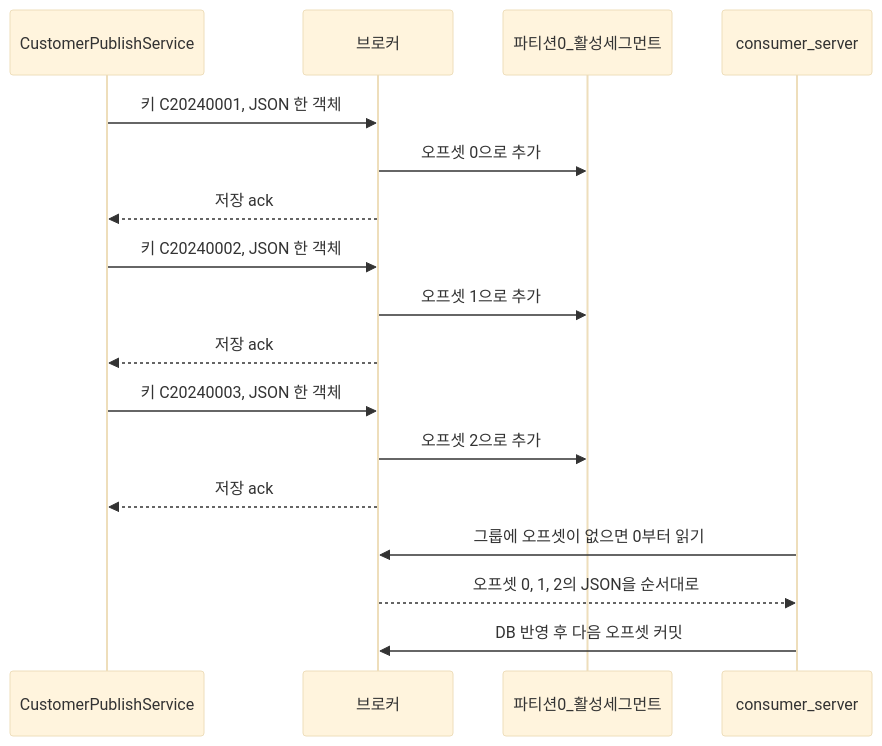
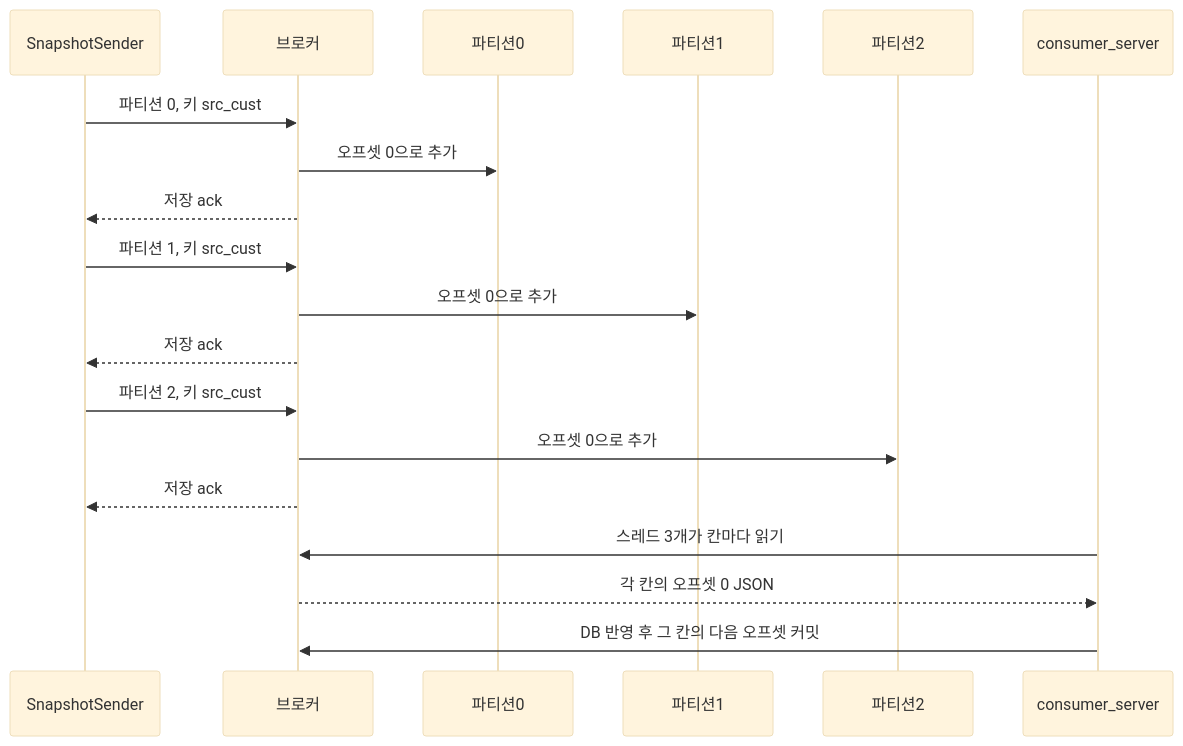
One commit to zustarttf/kafka_test changed the fifth of 6 diagrams in docs/kafka-basics.md. Above: the diagram before and after it, drawn with Mermaid (base theme). The commit also changed other lines of this file and 4 other files, not shown here.

````diff
--- a/docs/kafka-basics.md
+++ b/docs/kafka-basics.md
@@ -211,20 +205,22 @@
 ```mermaid
 sequenceDiagram
-  participant Svc as CustomerPublishService
+  participant Svc as SnapshotSender
   participant Broker as 브로커
-  participant Seg as 파티션0_활성세그먼트
+  participant P0 as 파티션0
+  participant P1 as 파티션1
+  participant P2 as 파티션2
   participant App as consumer_server
 
-  Svc->>Broker: 키 C20240001, JSON 한 객체
-  Broker->>Seg: 오프셋 0으로 추가
+  Svc->>Broker: 파티션 0, 키 src_cust
+  Broker->>P0: 오프셋 0으로 추가
   Broker-->>Svc: 저장 ack
-  Svc->>Broker: 키 C20240002, JSON 한 객체
-  Broker->>Seg: 오프셋 1으로 추가
+  Svc->>Broker: 파티션 1, 키 src_cust
+  Broker->>P1: 오프셋 0으로 추가
   Broker-->>Svc: 저장 ack
-  Svc->>Broker: 키 C20240003, JSON 한 객체
-  Broker->>Seg: 오프셋 2으로 추가
+  Svc->>Broker: 파티션 2, 키 src_cust
+  Broker->>P2: 오프셋 0으로 추가
   Broker-->>Svc: 저장 ack
-  App->>Broker: 그룹에 오프셋이 없으면 0부터 읽기
-  Broker-->>App: 오프셋 0, 1, 2의 JSON을 순서대로
-  App->>Broker: DB 반영 후 다음 오프셋 커밋
+  App->>Broker: 스레드 3개가 칸마다 읽기
+  Broker-->>App: 각 칸의 오프셋 0 JSON
+  App->>Broker: DB 반영 후 그 칸의 다음 오프셋 커밋
 ```
````
